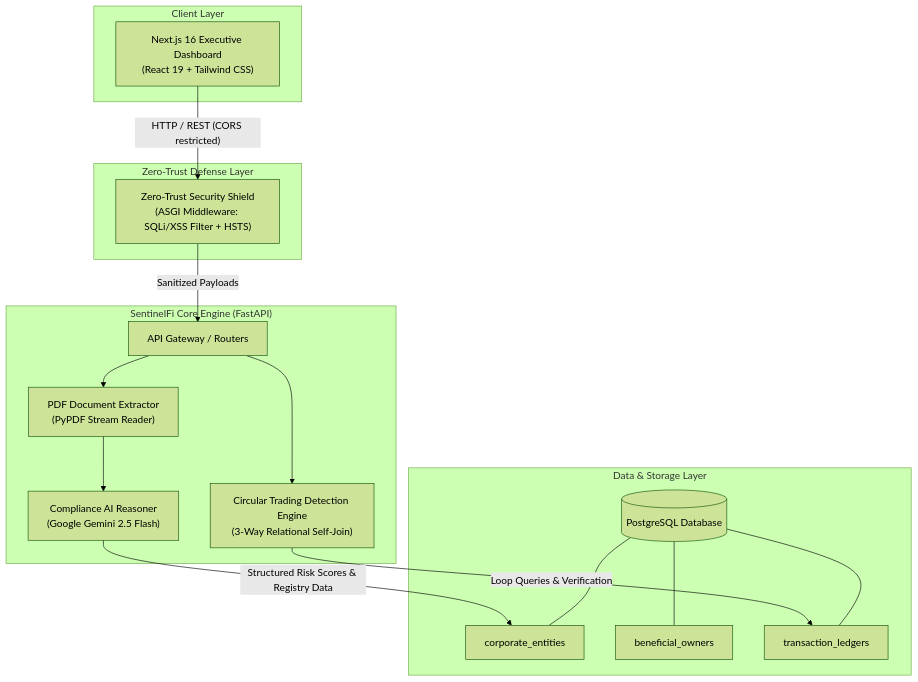
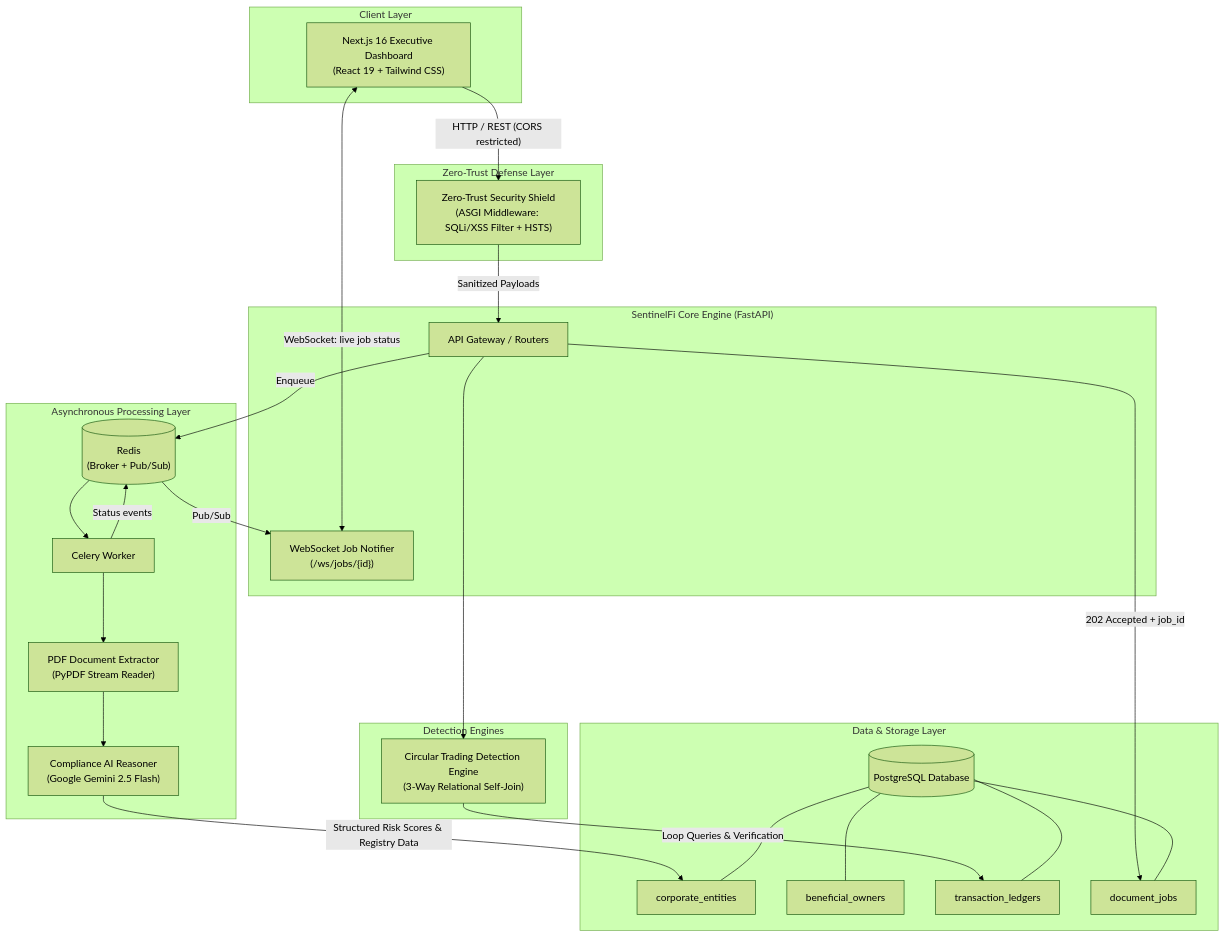
One commit to RonithJSalian18/SentinelFi changed the diagram in README.md. Above: the diagram before and after it, drawn with Mermaid (forest theme). The commit also changed other lines of this file and 11 other files, not shown here.

Commit message:
feat: async document processing with Celery, Redis and WebSocket notifications

````diff
--- a/README.md
+++ b/README.md
@@ -32,35 +33,52 @@
 ```mermaid
 flowchart TD
     subgraph Client ["Client Layer"]
         UI["Next.js 16 Executive Dashboard\n(React 19 + Tailwind CSS)"]
     end
 
     subgraph Security ["Zero-Trust Defense Layer"]
         Shield["Zero-Trust Security Shield\n(ASGI Middleware: SQLi/XSS Filter + HSTS)"]
     end
 
     subgraph Backend ["SentinelFi Core Engine (FastAPI)"]
         Router["API Gateway / Routers"]
+        WS["WebSocket Job Notifier\n(/ws/jobs/{id})"]
+    end
+
+    subgraph Async ["Asynchronous Processing Layer"]
+        Redis[("Redis\n(Broker + Pub/Sub)")]
+        Worker["Celery Worker"]
         PDFParser["PDF Document Extractor\n(PyPDF Stream Reader)"]
         AIEngine["Compliance AI Reasoner\n(Google Gemini 2.5 Flash)"]
+    end
+
+    subgraph Engines ["Detection Engines"]
         AMLEngine["Circular Trading Detection Engine\n(3-Way Relational Self-Join)"]
     end
 
     subgraph Data ["Data & Storage Layer"]
         Postgres[(PostgreSQL Database)]
         Entities["corporate_entities"]
         Owners["beneficial_owners"]
         Ledgers["transaction_ledgers"]
+        Jobs["document_jobs"]
     end
 
     UI -->|"HTTP / REST (CORS restricted)"| Shield
+    UI <-->|"WebSocket: live job status"| WS
     Shield -->|"Sanitized Payloads"| Router
-    Router --> PDFParser
+    Router -->|"202 Accepted + job_id"| Jobs
+    Router -->|"Enqueue"| Redis
+    Redis --> Worker
+    Worker --> PDFParser
     PDFParser --> AIEngine
     AIEngine -->|"Structured Risk Scores & Registry Data"| Entities
+    Worker -->|"Status events"| Redis
+    Redis -->|"Pub/Sub"| WS
     Router --> AMLEngine
     AMLEngine -->|"Loop Queries & Verification"| Ledgers
     Postgres --- Entities
     Postgres --- Owners
     Postgres --- Ledgers
+    Postgres --- Jobs
 ```
````
